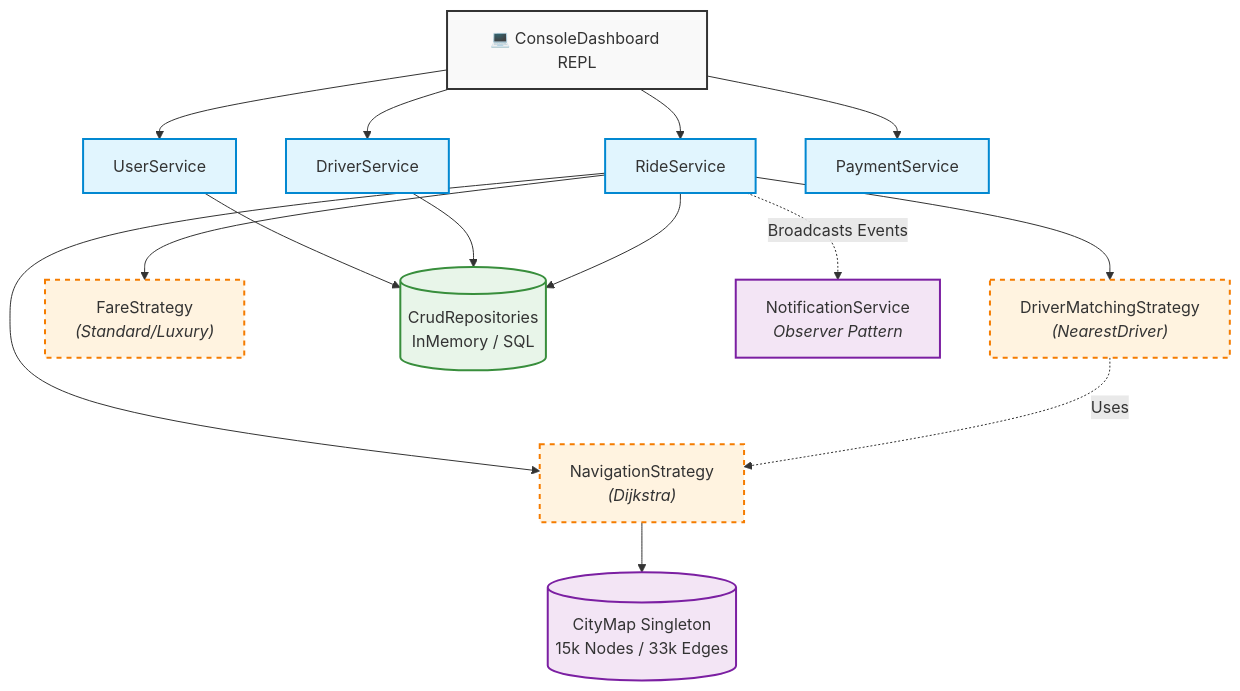
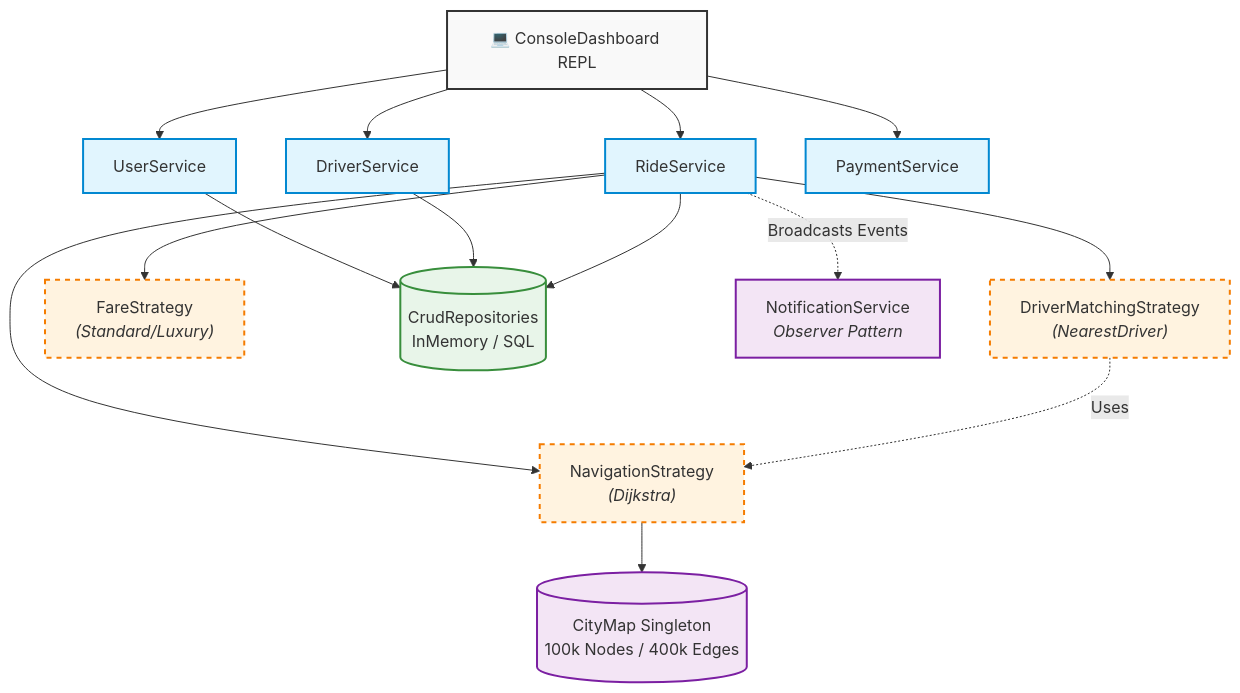
The diagram in README.md (nisargvekariya01/RouteHub), drawn with Mermaid before and after one commit. The commit also changed other lines of this file and 22 other files, not shown here.

````diff
--- a/README.md
+++ b/README.md
@@ -48,47 +48,47 @@
 ```mermaid
 graph TD
     %% Core Styling
     classDef client fill:#f9f9f9,stroke:#333,stroke-width:2px;
     classDef service fill:#e1f5fe,stroke:#0288d1,stroke-width:2px;
     classDef strategy fill:#fff3e0,stroke:#f57c00,stroke-width:2px,stroke-dasharray: 5 5;
     classDef repository fill:#e8f5e9,stroke:#388e3c,stroke-width:2px;
     classDef infrastructure fill:#f3e5f5,stroke:#7b1fa2,stroke-width:2px;
 
     %% Client Layer
     Dashboard["💻 ConsoleDashboard REPL"]:::client
 
     %% Service Layer
     US[UserService]:::service
     DS[DriverService]:::service
     RS[RideService]:::service
     PS[PaymentService]:::service
 
     Dashboard --> US
     Dashboard --> DS
     Dashboard --> RS
     Dashboard --> PS
 
     %% Strategy Layer (Injected dependencies)
     MS["DriverMatchingStrategy<br/><i>(NearestDriver)</i>"]:::strategy
     NS["NavigationStrategy<br/><i>(Dijkstra)</i>"]:::strategy
     FS["FareStrategy<br/><i>(Standard/Luxury)</i>"]:::strategy
 
     RS --> MS
     RS --> FS
     RS --> NS
     
     MS -.->|Uses| NS
 
     %% Data & Map Layer
-    CM[("CityMap Singleton<br/>15k Nodes / 33k Edges")]:::infrastructure
+    CM[("CityMap Singleton<br/>100k Nodes / 400k Edges")]:::infrastructure
     NS --> CM
 
     Repo[("CrudRepositories<br/>InMemory / SQL")]:::repository
     US --> Repo
     DS --> Repo
     RS --> Repo
     
     %% Observer Layer
     Notify["NotificationService<br/><i>Observer Pattern</i>"]:::infrastructure
     RS -.->|Broadcasts Events| Notify
 ```
````
